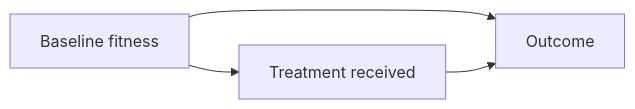
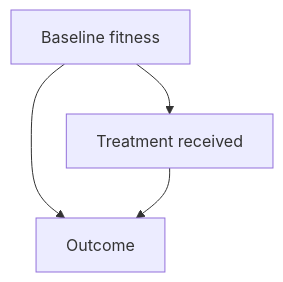
Before and after one commit to jasonLaster/oncoguide: the diagram in wiki/education/concepts/evidence-and-statistics/study-design/observational-studies-and-confounding.md, drawn with Mermaid. The commit also changed other lines of this file and 52 other files, not shown here.

````diff
--- a/wiki/education/concepts/evidence-and-statistics/study-design/observational-studies-and-confounding.md
+++ b/wiki/education/concepts/evidence-and-statistics/study-design/observational-studies-and-confounding.md
@@ -38,6 +38,6 @@
 ```mermaid
-flowchart LR
+flowchart TD
   F["Baseline fitness"] --> T["Treatment received"]
   F --> O["Outcome"]
   T --> O
 ```
````
